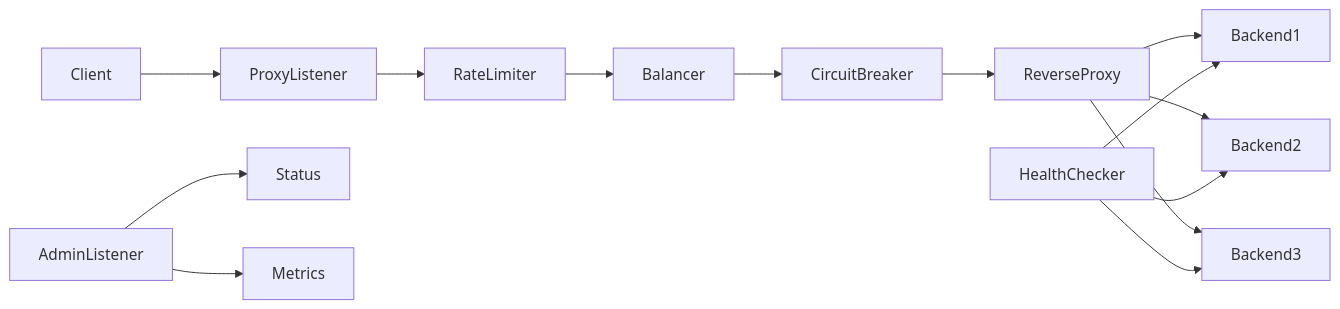
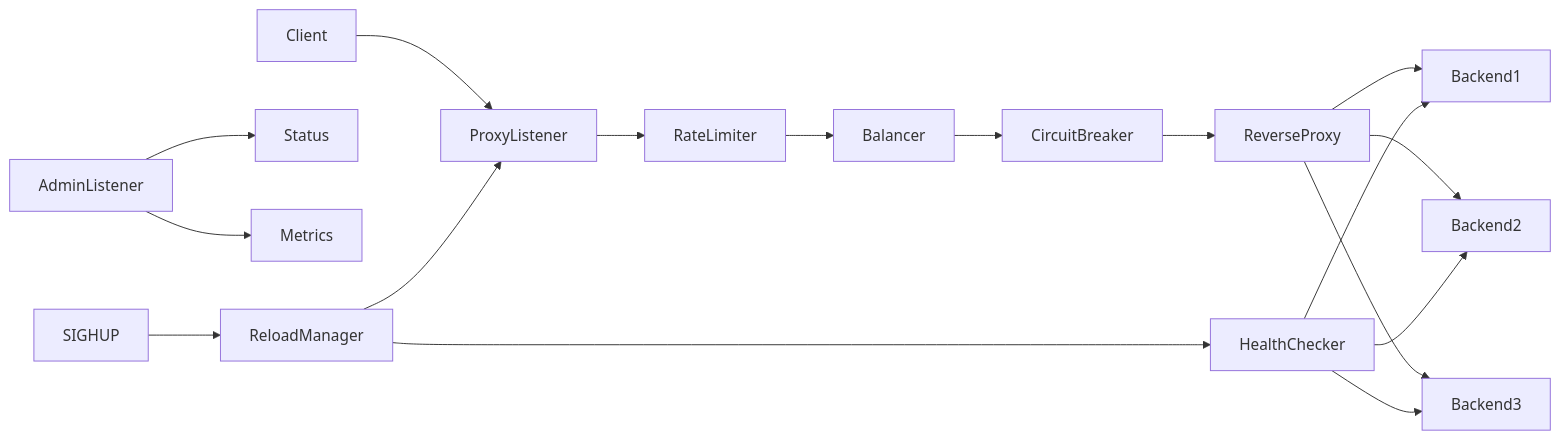
One commit to weaztoven/loadbear changed the diagram in docs/architecture.md. Above: the diagram before and after it, drawn with Mermaid. The commit also changed other lines of this file and 13 other files, not shown here.

Commit message:
feat: reload backend list on SIGHUP, closes #2

````diff
--- a/docs/architecture.md
+++ b/docs/architecture.md
@@ -3,16 +3,19 @@
 ```mermaid
 flowchart LR
     Client --> ProxyListener
     ProxyListener --> RateLimiter
     RateLimiter --> Balancer
     Balancer --> CircuitBreaker
     CircuitBreaker --> ReverseProxy
     ReverseProxy --> Backend1
     ReverseProxy --> Backend2
     ReverseProxy --> Backend3
     HealthChecker --> Backend1
     HealthChecker --> Backend2
     HealthChecker --> Backend3
     AdminListener --> Status
     AdminListener --> Metrics
+    SIGHUP --> ReloadManager
+    ReloadManager --> ProxyListener
+    ReloadManager --> HealthChecker
 ```
````
